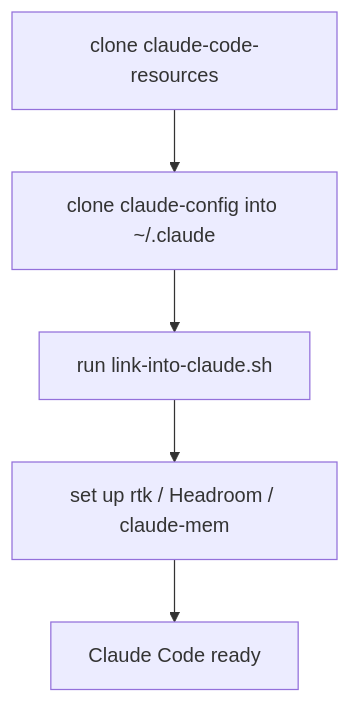
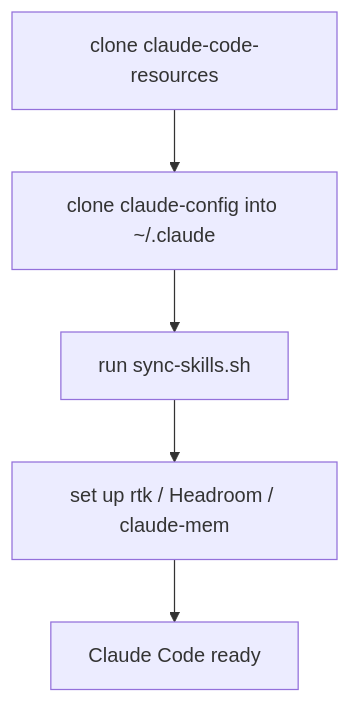
One commit to carlosboeing/agentic-toolkit changed the diagram in guides/guide-new-machine-setup.md. Above: the diagram before and after it, drawn with Mermaid. The commit also changed other lines of this file and 4 other files, not shown here.

First line of the commit message:
refactor(skills): replace Claude-only linker with cross-harness sync-skills.sh

````diff
--- a/guides/guide-new-machine-setup.md
+++ b/guides/guide-new-machine-setup.md
@@ -14,7 +14,7 @@
 ```mermaid
 flowchart TD
     A["clone claude-code-resources"] --> B["clone claude-config into ~/.claude"]
-    B --> C["run link-into-claude.sh"]
+    B --> C["run sync-skills.sh"]
     C --> D["set up rtk / Headroom / claude-mem"]
     D --> E["Claude Code ready"]
 ```
````
